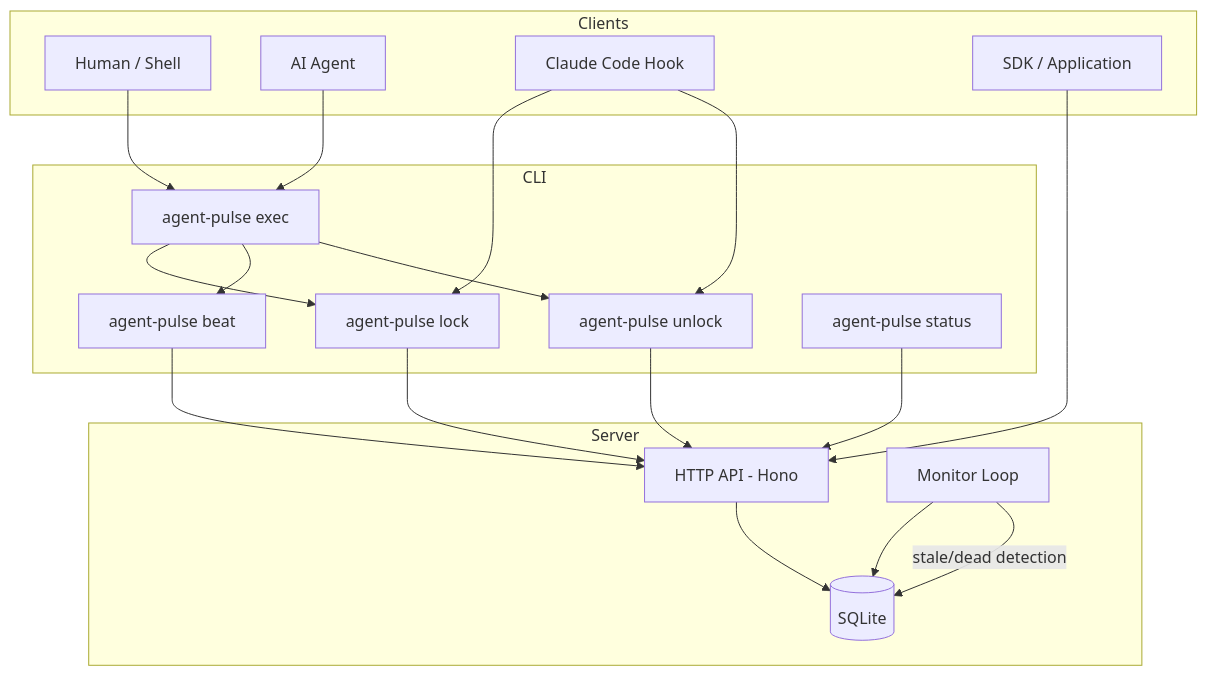
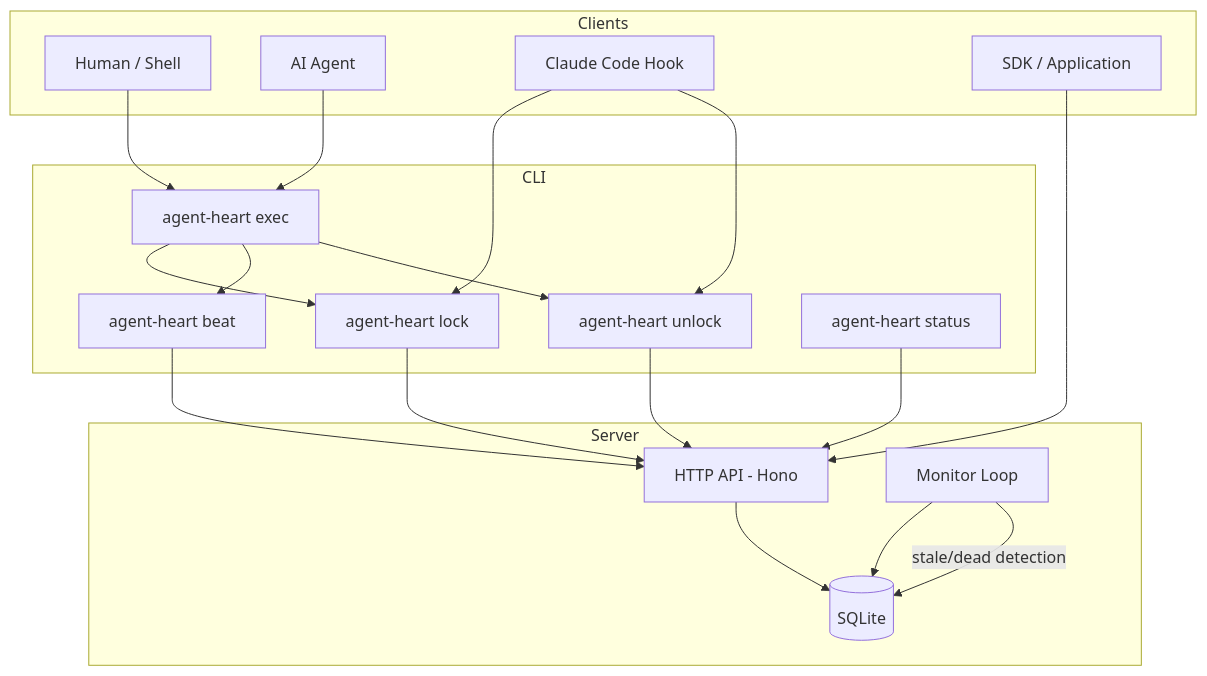
The first of 2 diagrams in docs/architecture.md (eggy-sh/agent-heart), drawn with Mermaid before and after one commit. The commit also changed other lines of this file and 46 other files, not shown here.

First line of the commit message:
refactor: rename package from agent-pulse to agent-heart and update documentation

````diff
--- a/docs/architecture.md
+++ b/docs/architecture.md
@@ -49,42 +49,42 @@
 ```mermaid
 flowchart TB
     subgraph Clients
         human[Human / Shell]
         agent[AI Agent]
         hook[Claude Code Hook]
         sdk[SDK / Application]
     end
 
     subgraph CLI
-        exec[agent-pulse exec]
-        lock_cmd[agent-pulse lock]
-        beat_cmd[agent-pulse beat]
-        unlock_cmd[agent-pulse unlock]
-        status_cmd[agent-pulse status]
+        exec[agent-heart exec]
+        lock_cmd[agent-heart lock]
+        beat_cmd[agent-heart beat]
+        unlock_cmd[agent-heart unlock]
+        status_cmd[agent-heart status]
     end
 
     subgraph Server
         api[HTTP API - Hono]
         monitor[Monitor Loop]
         db[(SQLite)]
     end
 
     human --> exec
     agent --> exec
     hook --> lock_cmd
     hook --> unlock_cmd
     sdk --> api
 
     exec --> lock_cmd
     exec --> beat_cmd
     exec --> unlock_cmd
 
     lock_cmd --> api
     beat_cmd --> api
     unlock_cmd --> api
     status_cmd --> api
 
     api --> db
     monitor --> db
     monitor -->|stale/dead detection| db
 ```
````
